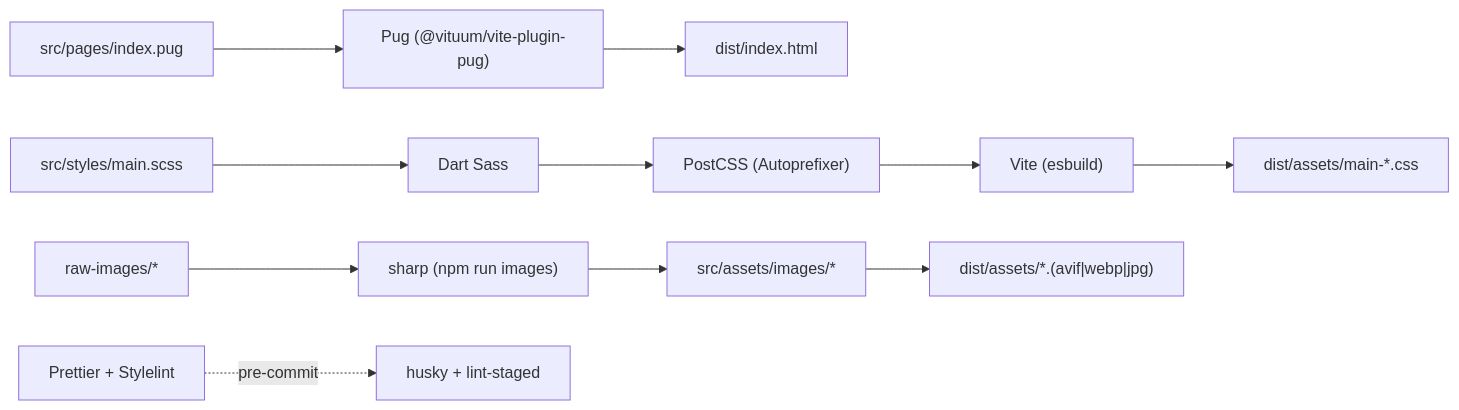
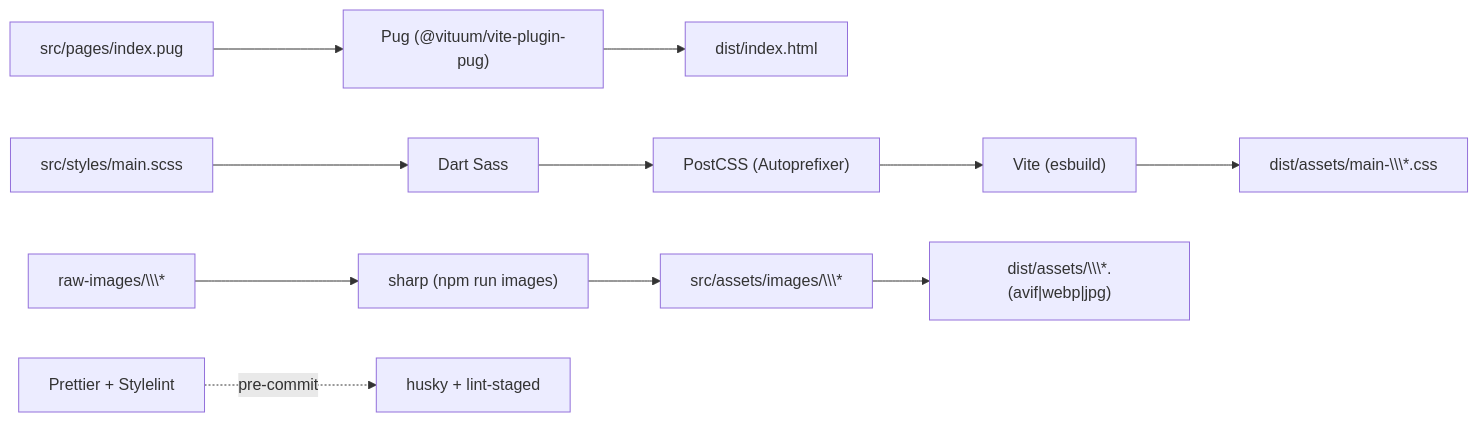
Before and after one commit to TarasOsypchuk/landing-keepsake-9lab: the diagram in README.md, drawn with Mermaid. The commit also changed other lines of this file, not shown here.

````diff
--- a/README.md
+++ b/README.md
@@ -32,7 +34,7 @@
 ```mermaid
 flowchart LR
-    A[src/pages/index.pug] --> B["Pug (@vituum/vite-plugin-pug)"] --> C[dist/index.html]
-    D[src/styles/main.scss] --> E[Dart Sass] --> F["PostCSS (Autoprefixer)"] --> G["Vite (esbuild)"] --> H[dist/assets/main-*.css]
-    I[raw-images/*] --> J["sharp (npm run images)"] --> K[src/assets/images/*] --> L["dist/assets/*.(avif|webp|jpg)"]
-    M[Prettier + Stylelint] -.->|pre-commit| N["husky + lint-staged"]
+    A\\\[src/pages/index.pug] --> B\\\["Pug (@vituum/vite-plugin-pug)"] --> C\\\[dist/index.html]
+    D\\\[src/styles/main.scss] --> E\\\[Dart Sass] --> F\\\["PostCSS (Autoprefixer)"] --> G\\\["Vite (esbuild)"] --> H\\\[dist/assets/main-\\\*.css]
+    I\\\[raw-images/\\\*] --> J\\\["sharp (npm run images)"] --> K\\\[src/assets/images/\\\*] --> L\\\["dist/assets/\\\*.(avif|webp|jpg)"]
+    M\\\[Prettier + Stylelint] -.->|pre-commit| N\\\["husky + lint-staged"]
 ```
````
